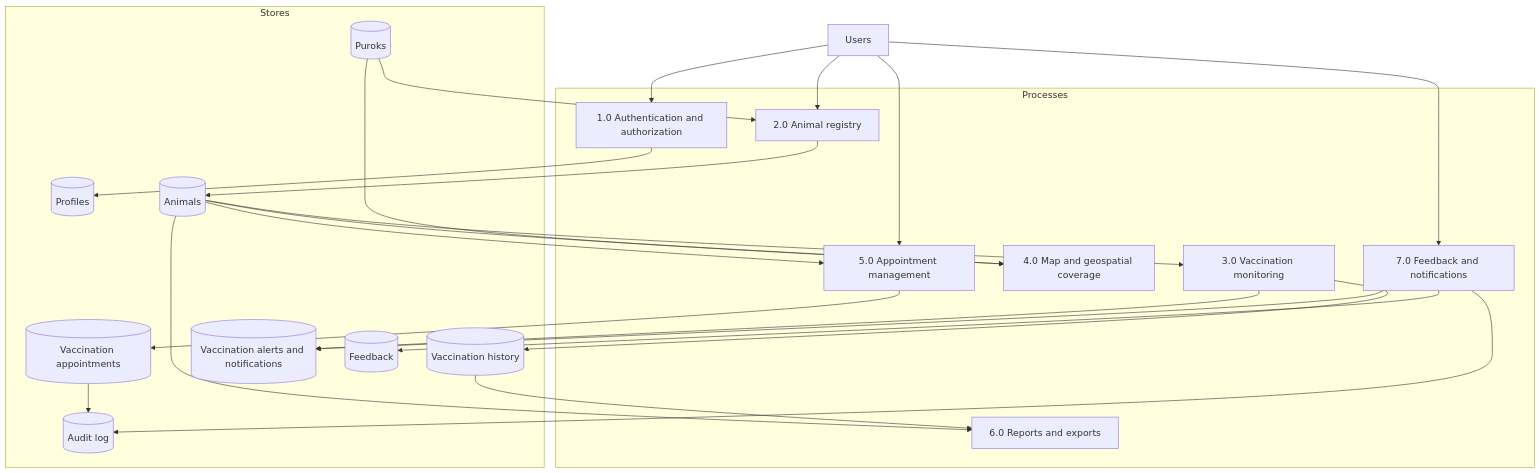
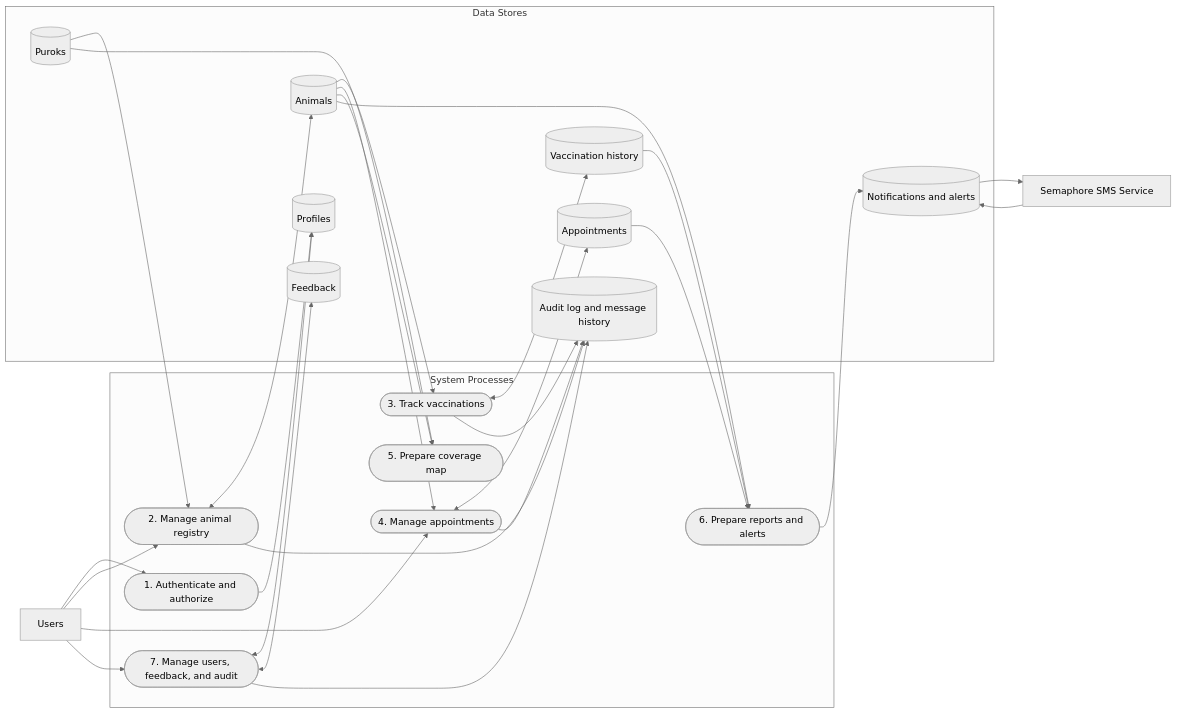
Before and after one commit to kiniakoangaccount/vaccitrack-capstone: the fourth of 7 diagrams in docs/vaccitrack-system.md, drawn with Mermaid. The commit also changed other lines of this file and 7 other files, not shown here.

Commit message:
diagrams

````diff
--- a/docs/vaccitrack-system.md
+++ b/docs/vaccitrack-system.md
@@ -87,52 +181,53 @@
 ```mermaid
-flowchart TD
+%%{init: {"theme":"neutral"}}%%
+flowchart LR
   USER[Users]
 
-  subgraph Processes
-    AUTH[1.0 Authentication and authorization]
-    REG[2.0 Animal registry]
-    VAX[3.0 Vaccination monitoring]
-    MAP[4.0 Map and geospatial coverage]
-    APPT[5.0 Appointment management]
-    REPORT[6.0 Reports and exports]
-    ENGAGE[7.0 Feedback and notifications]
+  subgraph PROCESS[System Processes]
+    AUTH([1. Authenticate and authorize])
+    REG([2. Manage animal registry])
+    VAX([3. Track vaccinations])
+    APPT([4. Manage appointments])
+    MAP([5. Prepare coverage map])
+    REPORT([6. Prepare reports and alerts])
+    ADMIN([7. Manage users, feedback, and audit])
   end
 
-  subgraph Stores
-    PROFILES[(Profiles)]
-    ANIMALS[(Animals)]
+  subgraph STORE[Data Stores]
+    PROFILE[(Profiles)]
+    ANIMAL[(Animals)]
+    PUROK[(Puroks)]
     HISTORY[(Vaccination history)]
-    PUROKS[(Puroks)]
-    APPTS[(Vaccination appointments)]
-    ALERTS[(Vaccination alerts and notifications)]
+    APPOINTMENT[(Appointments)]
+    NOTICE[(Notifications and alerts)]
     FEEDBACK[(Feedback)]
-    AUDIT[(Audit log)]
+    AUDIT[(Audit log and message history)]
   end
 
-  USER --> AUTH
-  AUTH --> PROFILES
+  SMS[Semaphore SMS Service]
 
+  USER --> AUTH --> PROFILE
   USER --> REG
-  REG --> ANIMALS
-  PUROKS --> REG
-
-  ANIMALS --> VAX
-  VAX --> HISTORY
-  VAX --> ALERTS
-
-  PUROKS --> MAP
-  ANIMALS --> MAP
-
+  REG <--> ANIMAL
+  PUROK --> REG
+  ANIMAL --> VAX
+  VAX <--> HISTORY
   USER --> APPT
-  APPT --> APPTS
-  ANIMALS --> APPT
-  APPTS --> AUDIT
-
-  ANIMALS --> REPORT
+  APPT <--> APPOINTMENT
+  ANIMAL --> APPT
+  PUROK --> MAP
+  ANIMAL --> MAP
+  ANIMAL --> REPORT
   HISTORY --> REPORT
-
-  USER --> ENGAGE
-  ENGAGE --> FEEDBACK
-  ENGAGE --> ALERTS
-  ENGAGE --> AUDIT
+  APPOINTMENT --> REPORT
+  USER --> ADMIN
+  ADMIN <--> PROFILE
+  ADMIN <--> FEEDBACK
+  ADMIN --> AUDIT
+  REG --> AUDIT
+  VAX --> AUDIT
+  APPT --> AUDIT
+  REPORT --> NOTICE
+  NOTICE --> SMS
+  SMS --> NOTICE
 ```
````
